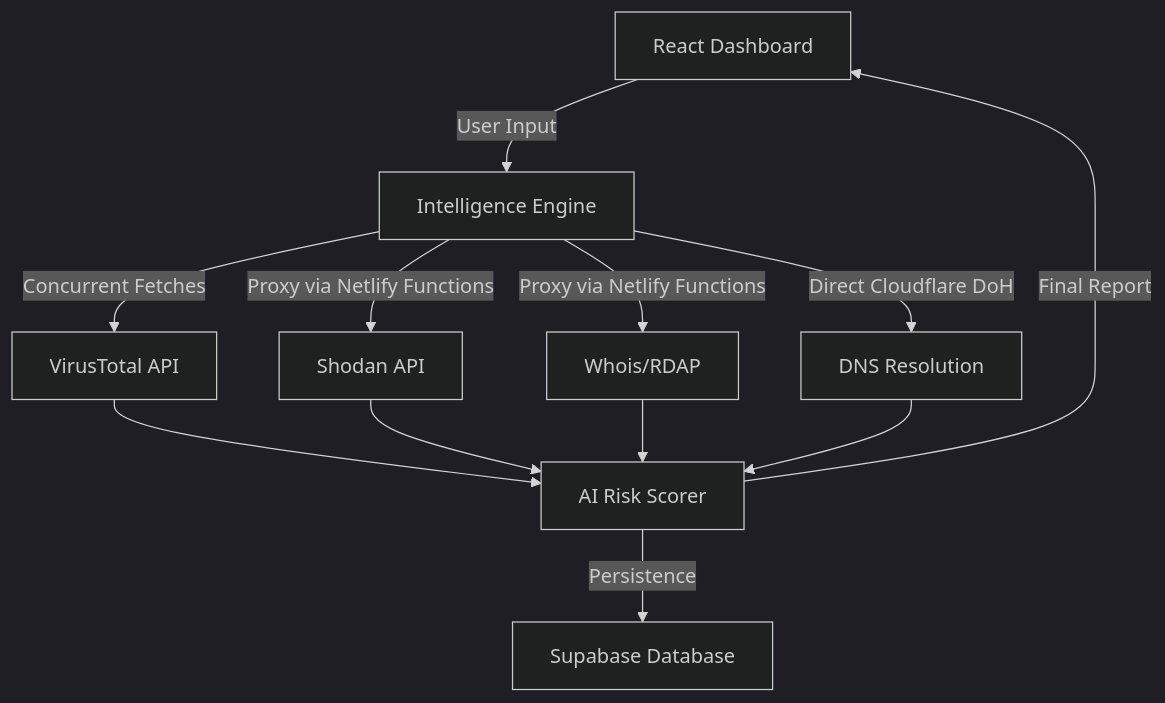
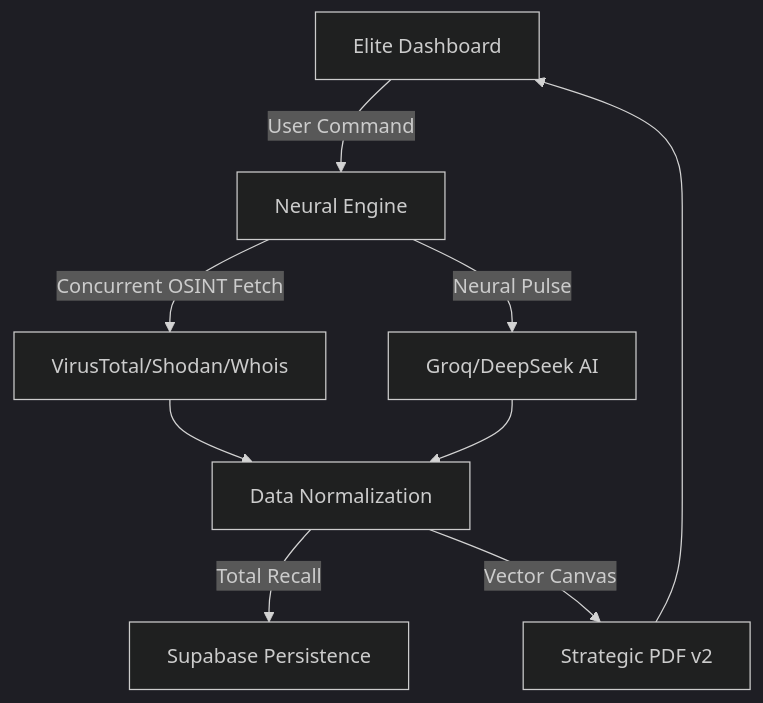
One commit to Gaurav-Pehlajani/Hex-Project changed the diagram in README.md. Above: the diagram before and after it, drawn with Mermaid (dark theme). The commit also changed other lines of this file and 7 other files, not shown here.

Commit message:
Elite SOC v2.0 Update: Stratosphere Layout, High-Contrast Emerald Aesthetic, and Advanced Vector Reporting Engine

````diff
--- a/README.md
+++ b/README.md
@@ -39,14 +40,11 @@
 ```mermaid
 graph TD
-    A[React Dashboard] -->|User Input| B[Intelligence Engine]
-    B -->|Concurrent Fetches| C[VirusTotal API]
-    B -->|Proxy via Netlify Functions| D[Shodan API]
-    B -->|Proxy via Netlify Functions| E[Whois/RDAP]
-    B -->|Direct Cloudflare DoH| F[DNS Resolution]
-    C --> G[AI Risk Scorer]
-    D --> G
-    E --> G
-    F --> G
-    G -->|Persistence| H[Supabase Database]
-    G -->|Final Report| A
+    A[Elite Dashboard] -->|User Command| B[Neural Engine]
+    B -->|Concurrent OSINT Fetch| C[VirusTotal/Shodan/Whois]
+    B -->|Neural Pulse| D[Groq/DeepSeek AI]
+    C --> E[Data Normalization]
+    D --> E
+    E -->|Total Recall| F[Supabase Persistence]
+    E -->|Vector Canvas| G[Strategic PDF v2]
+    G --> A
 ```
````
